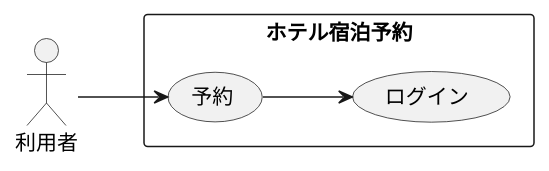
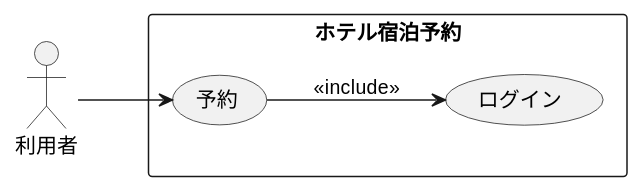
One commit to kuboi0627/unl-introduction changed the diagram in 演習2-3_ホテル宿泊予約.pu. Above: the diagram before and after it, drawn with PlantUML.

Commit message:
演習２－３

```diff
--- a/演習2-3_ホテル宿泊予約.pu
+++ b/演習2-3_ホテル宿泊予約.pu
@@ -1,10 +1,10 @@
 @startuml ユースケース図
 left to right direction
 actor 利用者
 rectangle ホテル宿泊予約 {
 usecase 予約
 usecase ログイン
 }
 利用者 -->予約
-予約 -->ログイン
-@enduml
+予約 -->ログイン :<< include >>
+@endumlD
```
